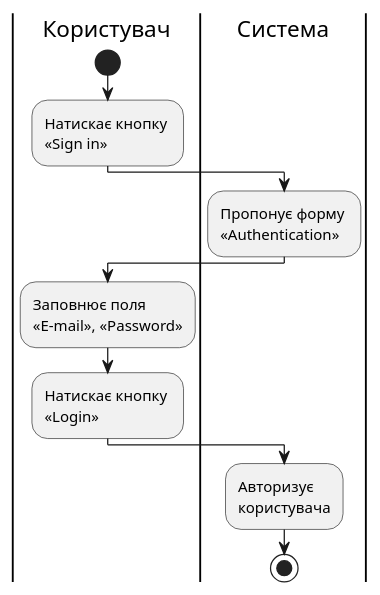
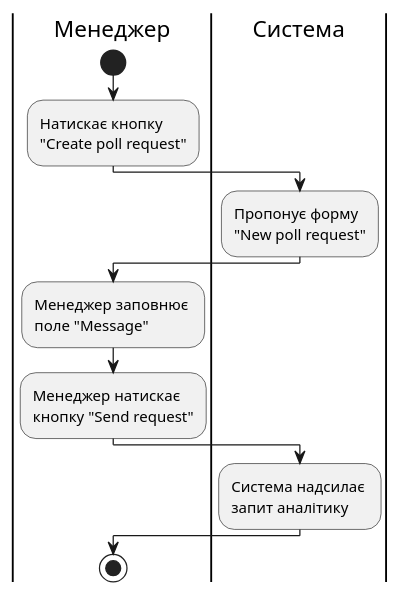
Before and after one commit to anrysliusar/SurvExp: the diagram in src/uml/use-cases/se-1-7.puml, drawn with PlantUML. The commit also changed 4 other files, not shown here.

```diff
--- a/src/uml/use-cases/se-1-7.puml
+++ b/src/uml/use-cases/se-1-7.puml
@@ -1,17 +1,16 @@
-@startuml
+  @startuml
 
-  |Користувач|
-  start
-  :Натискає кнопку \n«Sign in»;
-  |Система|
-  :Пропонує форму \n«Authentication»;
-  |Користувач|
-  :Заповнює поля \n«E-mail», «Password»;
-  |Користувач|
-  :Натискає кнопку \n«Login»;
-  |Система|
-  :Авторизує \nкористувача;
-  
-  stop
+    |Менеджер|
+    start
+    :Натискає кнопку \n"Create poll request";
+    |Система|
+    :Пропонує форму \n"New poll request";
+    |Менеджер|
+    :Менеджер заповнює \nполе "Message";
+    :Менеджер натискає \nкнопку "Send request";
+    |Система|
+    :Система надсилає \nзапит аналітику;
+    |Менеджер|
+    stop
 
 @enduml
```
